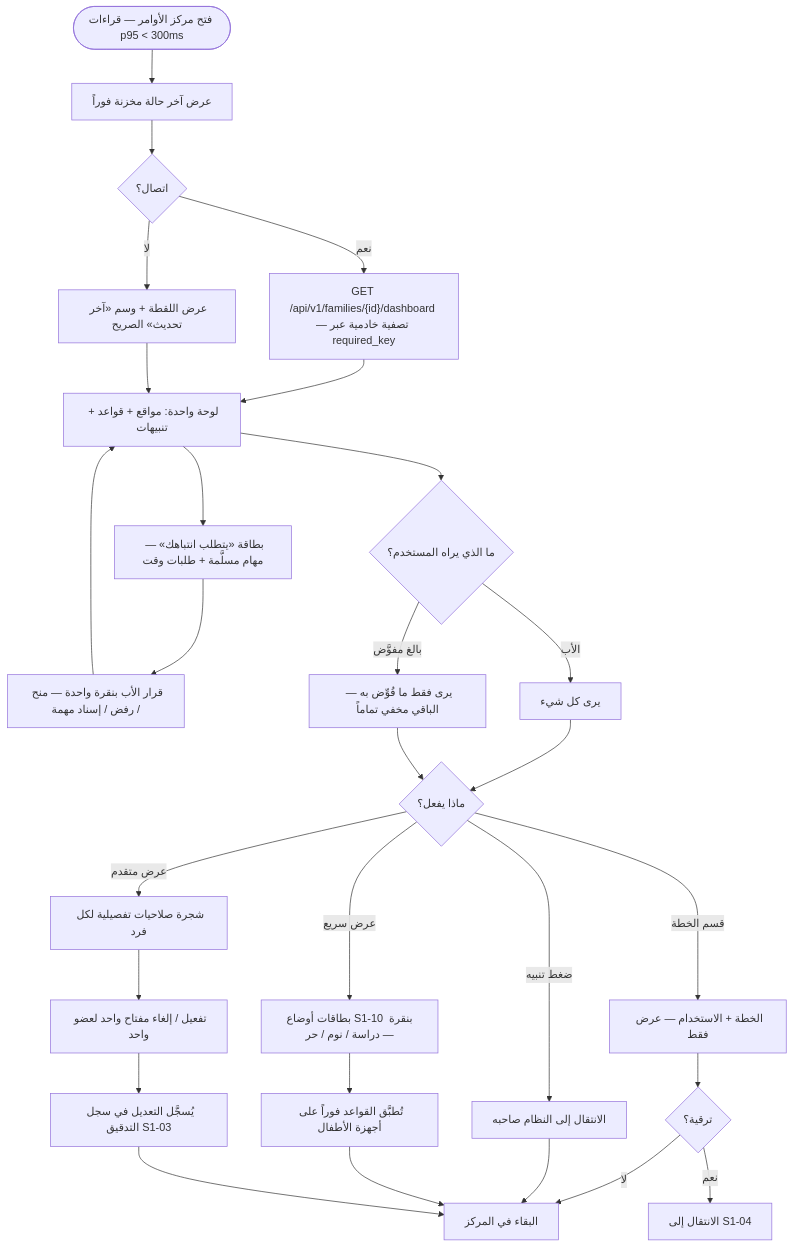
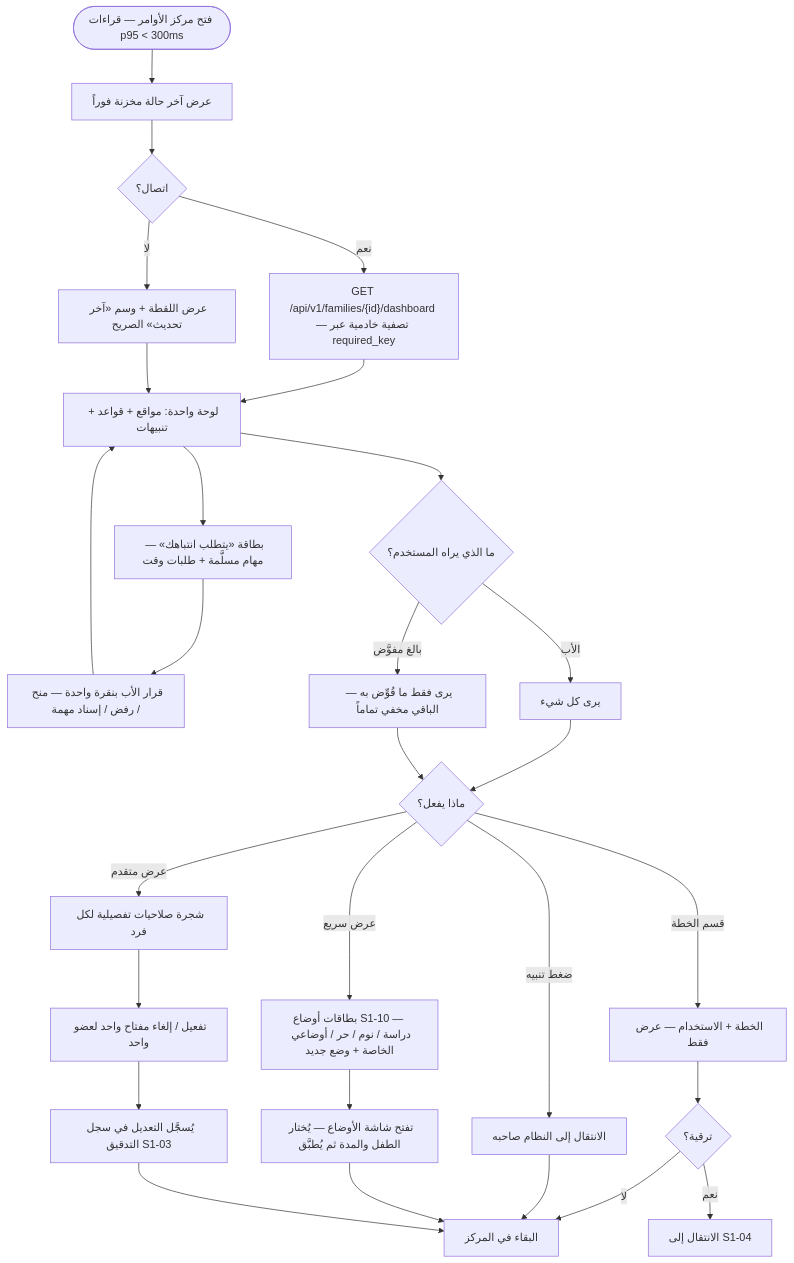
Diagram 11 of 13 in docs/family-os/governance/phases/phase-1/S1-09-command-center-and-settings/DIAGRAMS.md (Bassam-mohammed-alqaeadi/family-os-v2), drawn with Mermaid before and after one commit. The commit also changed other lines of this file and 1 other file, not shown here.

````diff
--- a/docs/family-os/governance/phases/phase-1/S1-09-command-center-and-settings/DIAGRAMS.md
+++ b/docs/family-os/governance/phases/phase-1/S1-09-command-center-and-settings/DIAGRAMS.md
@@ -416,30 +418,30 @@
 ```mermaid
 flowchart TD
     Start([فتح مركز الأوامر — قراءات p95 < 300ms]) --> Cached[عرض آخر حالة مخزنة فوراً]
     Cached --> Conn{اتصال؟}
     Conn -->|نعم| Fetch["GET /api/v1/families/{id}/dashboard — تصفية خادمية عبر required_key"]
     Conn -->|لا| Stamp["عرض اللقطة + وسم «آخر تحديث» الصريح"]
     Fetch --> Dash[لوحة واحدة: مواقع + قواعد + تنبيهات]
     Stamp --> Dash
     Dash --> Attn["بطاقة «يتطلب انتباهك» — مهام مسلَّمة + طلبات وقت"]
     Attn --> Decide[قرار الأب بنقرة واحدة — منح / رفض / إسناد مهمة]
     Decide --> Dash
     Dash --> See{ما الذي يراه المستخدم؟}
     See -->|الأب| All[يرى كل شيء]
     See -->|بالغ مفوَّض| Only[يرى فقط ما فُوِّض به — الباقي مخفي تماماً]
     All --> Act{ماذا يفعل؟}
     Only --> Act
     Act -->|ضغط تنبيه| Nav[الانتقال إلى النظام صاحبه]
-    Act -->|عرض سريع| Quick[بطاقات أوضاع S1-10 بنقرة — دراسة / نوم / حر]
-    Quick --> Apply[تُطبَّق القواعد فوراً على أجهزة الأطفال]
+    Act -->|عرض سريع| Quick[بطاقات أوضاع S1-10 — دراسة / نوم / حر / أوضاعي الخاصة + وضع جديد]
+    Quick --> Apply[تفتح شاشة الأوضاع — يُختار الطفل والمدة ثم يُطبَّق]
     Act -->|عرض متقدم| Adv[شجرة صلاحيات تفصيلية لكل فرد]
     Adv --> Edit[تفعيل / إلغاء مفتاح واحد لعضو واحد]
     Edit --> Audit[يُسجَّل التعديل في سجل التدقيق S1-03]
     Act -->|قسم الخطة| Plan[الخطة + الاستخدام — عرض فقط]
     Plan --> Upg{ترقية؟}
     Upg -->|نعم| S104[الانتقال إلى S1-04]
     Upg -->|لا| Stay[البقاء في المركز]
     Nav --> Stay
     Apply --> Stay
     Audit --> Stay
 ```
````
